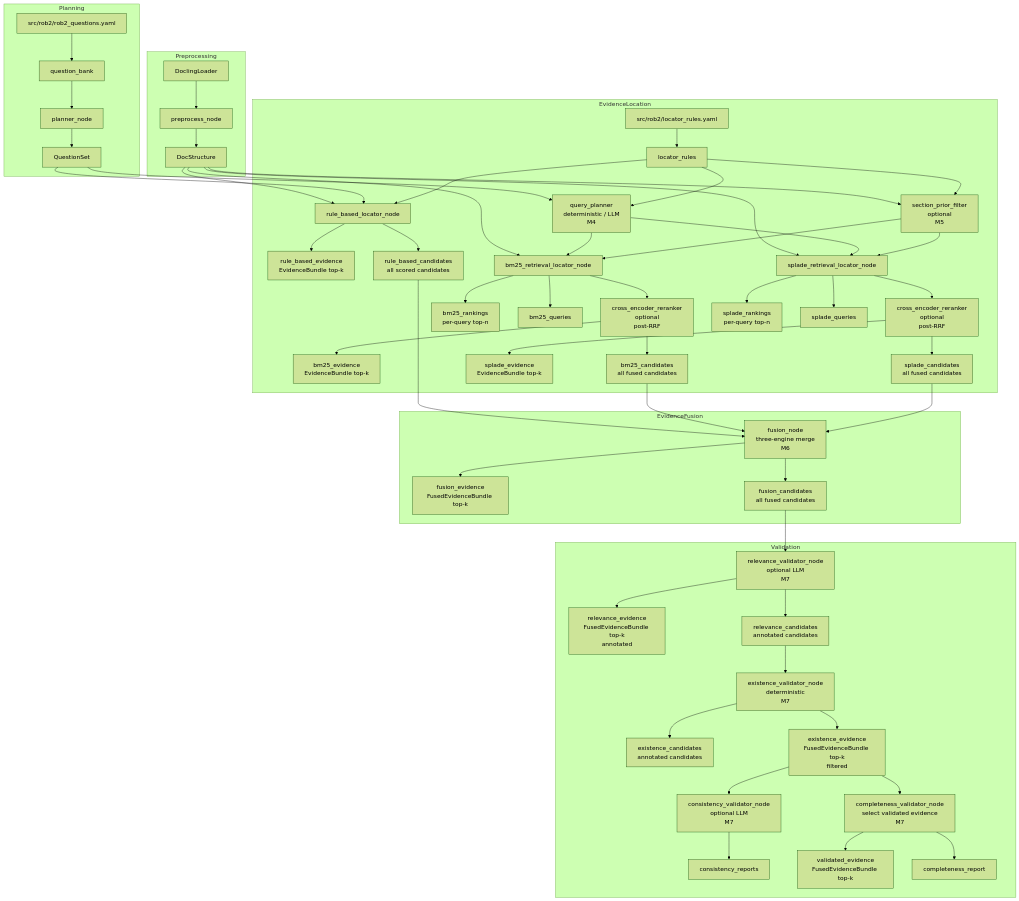
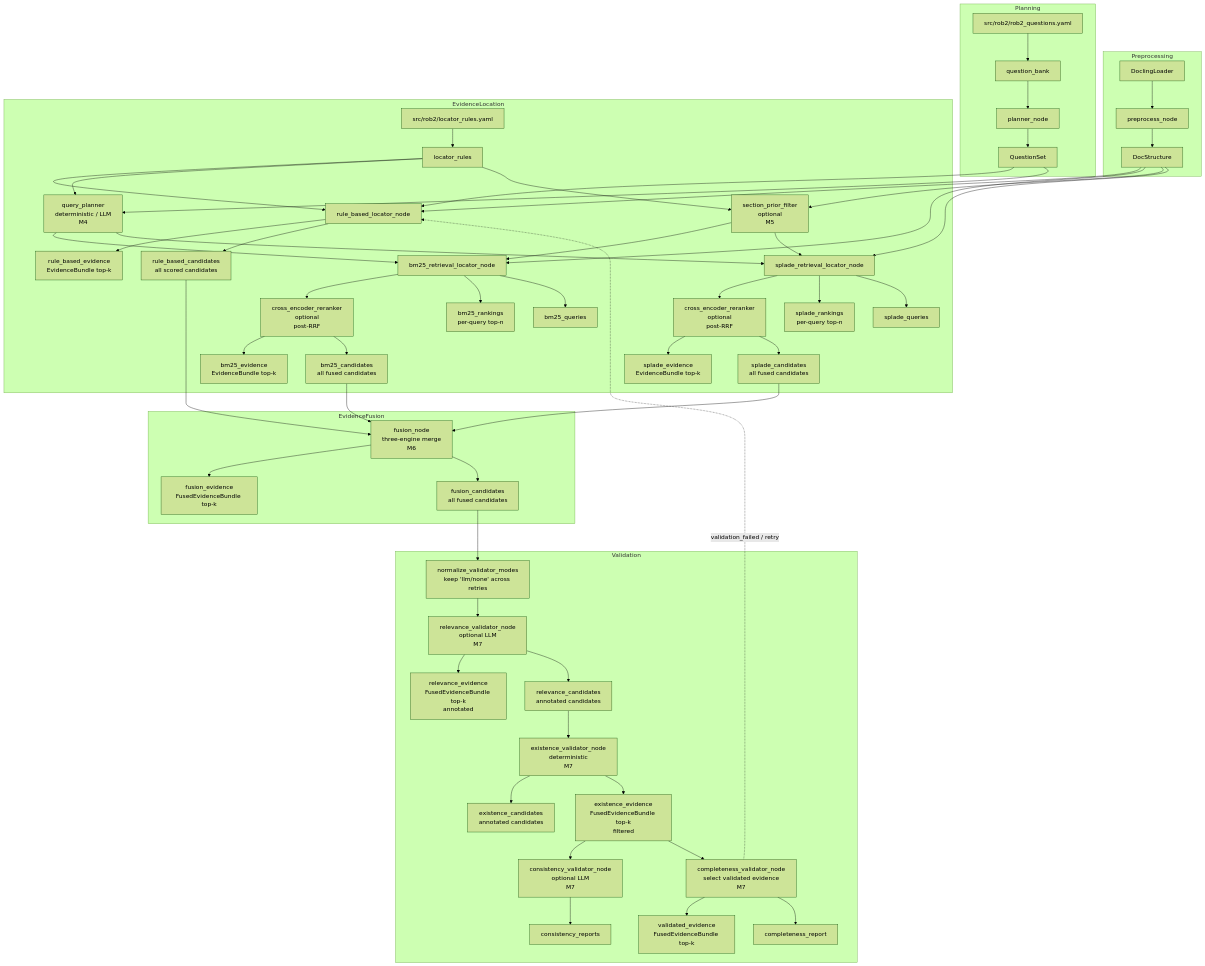
The diagram in docs/system-uml.md (Younthing/eagent), drawn with Mermaid (forest theme) before and after one commit. The commit also changed other lines of this file and 7 other files, not shown here.

Commit message:
feat: 绑定节点图，整合，集成测试

````diff
--- a/docs/system-uml.md
+++ b/docs/system-uml.md
@@ -3,70 +3,74 @@
 ```mermaid
 flowchart TD
   subgraph Preprocessing
     A[DoclingLoader] --> B[preprocess_node]
     B --> C[DocStructure]
   end
 
   subgraph Planning
     D[src/rob2/rob2_questions.yaml] --> E[question_bank]
     E --> F[planner_node]
     F --> G[QuestionSet]
   end
 
   subgraph EvidenceLocation
     H[src/rob2/locator_rules.yaml] --> I[locator_rules]
     C --> J[rule_based_locator_node]
     G --> J
     I --> J
     J --> K[rule_based_evidence<br/>EvidenceBundle top-k]
     J --> L[rule_based_candidates<br/>all scored candidates]
 
     G --> QP[query_planner<br/>deterministic / LLM<br/>M4]
     I --> QP
 
     C --> M[bm25_retrieval_locator_node]
     QP --> M
     C --> R[section_prior_filter<br/>optional<br/>M5]
     I --> R
     R --> M
     M --> CE1[cross_encoder_reranker<br/>optional<br/>post-RRF]
     CE1 --> N[bm25_evidence<br/>EvidenceBundle top-k]
     CE1 --> O[bm25_candidates<br/>all fused candidates]
     M --> P[bm25_rankings<br/>per-query top-n]
     M --> Q[bm25_queries]
 
     C --> S[splade_retrieval_locator_node]
     QP --> S
     R --> S
     S --> CE2[cross_encoder_reranker<br/>optional<br/>post-RRF]
     CE2 --> T[splade_evidence<br/>EvidenceBundle top-k]
     CE2 --> U[splade_candidates<br/>all fused candidates]
     S --> V[splade_rankings<br/>per-query top-n]
     S --> W[splade_queries]
   end
 
   subgraph EvidenceFusion
     L --> FUS[fusion_node<br/>three-engine merge<br/>M6]
     O --> FUS
     U --> FUS
     FUS --> FE[fusion_evidence<br/>FusedEvidenceBundle top-k]
     FUS --> FC[fusion_candidates<br/>all fused candidates]
   end
 
   subgraph Validation
-    FC --> RV[relevance_validator_node<br/>optional LLM<br/>M7]
+    FC --> NM[normalize_validator_modes<br/>keep 'llm/none' across retries]
+    NM --> RV[relevance_validator_node<br/>optional LLM<br/>M7]
     RV --> RE[relevance_evidence<br/>FusedEvidenceBundle top-k<br/>annotated]
     RV --> RC[relevance_candidates<br/>annotated candidates]
 
     RC --> EV[existence_validator_node<br/>deterministic<br/>M7]
     EV --> EC[existence_candidates<br/>annotated candidates]
     EV --> EE[existence_evidence<br/>FusedEvidenceBundle top-k<br/>filtered]
 
     EE --> CV[consistency_validator_node<br/>optional LLM<br/>M7]
     CV --> CR[consistency_reports]
 
     EE --> CM[completeness_validator_node<br/>select validated evidence<br/>M7]
     CM --> VE[validated_evidence<br/>FusedEvidenceBundle top-k]
     CM --> CP[completeness_report]
   end
+
+  %% Milestone 7 rollback/retry: failed validation routes back to EvidenceLocation
+  CM -. validation_failed / retry .-> J
 ```
````
